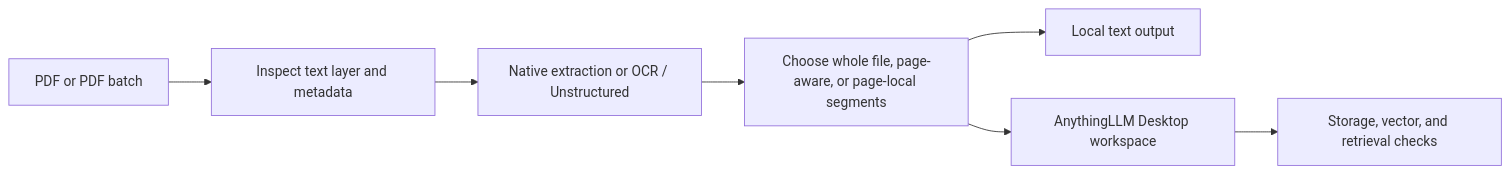
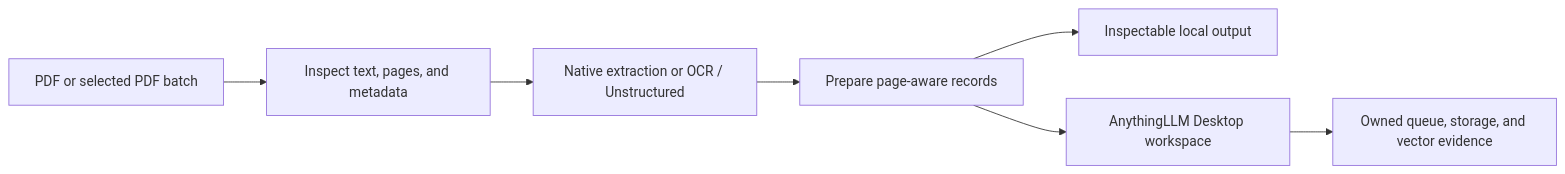
Before and after one commit to OPProductivity/anythingllm-pdf-parser-embedder-assistant: the diagram in README.md, drawn with Mermaid. The commit also changed other lines of this file and 51 other files, not shown here.

````diff
--- a/README.md
+++ b/README.md
@@ -84,9 +56,9 @@
 ```mermaid
 flowchart LR
-    PDF["PDF or PDF batch"] --> Inspect["Inspect text layer and metadata"]
+    PDF["PDF or selected PDF batch"] --> Inspect["Inspect text, pages, and metadata"]
     Inspect --> Extract["Native extraction or OCR / Unstructured"]
-    Extract --> Segment["Choose whole file, page-aware, or page-local segments"]
-    Segment --> Local["Local text output"]
+    Extract --> Segment["Prepare page-aware records"]
+    Segment --> Local["Inspectable local output"]
     Segment --> Upload["AnythingLLM Desktop workspace"]
-    Upload --> Verify["Storage, vector, and retrieval checks         "]
+    Upload --> Verify["Owned queue, storage, and vector evidence"]
 ```
````
